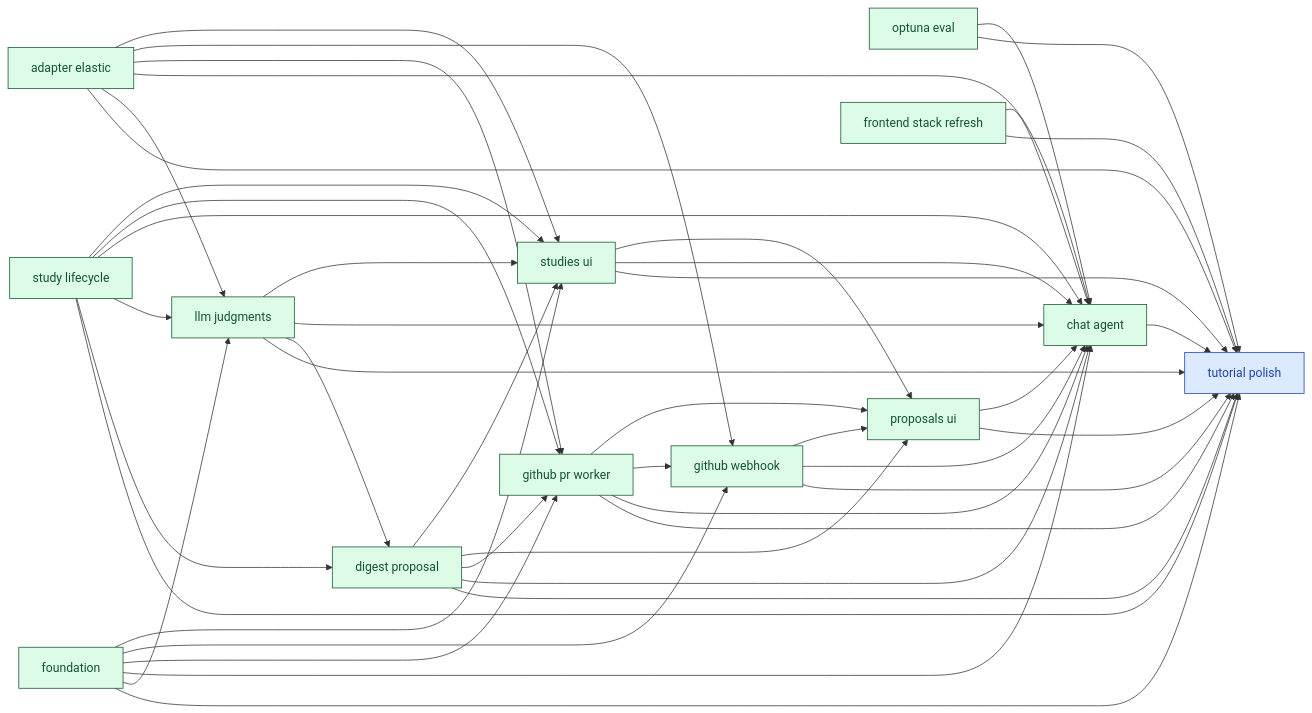
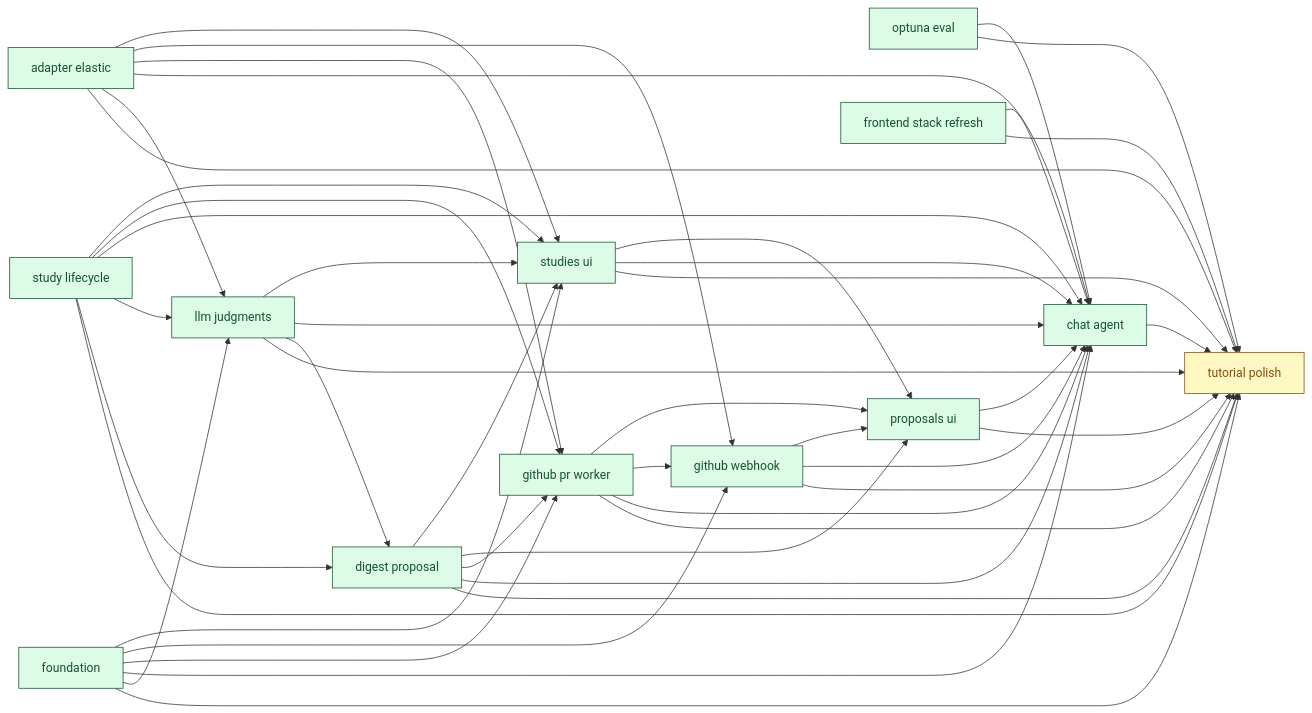
The diagram in docs/00_overview/MVP1_DASHBOARD.md (SoundMindsAI/relyloop), drawn with Mermaid before and after one commit. The commit also changed other lines of this file and 4 other files, not shown here.

First line of the commit message:
docs(chore-tutorial-polish): impl plan + spec ordering fix + scope reframe (#63)

````diff
--- a/docs/00_overview/MVP1_DASHBOARD.md
+++ b/docs/00_overview/MVP1_DASHBOARD.md
@@ -95,78 +95,78 @@
 ```mermaid
 graph LR
   classDef done fill:#dcfce7,stroke:#14532d,color:#14532d;
   classDef implement fill:#ffedd5,stroke:#9a3412,color:#9a3412;
   classDef plan fill:#fef9c3,stroke:#854d0e,color:#854d0e;
   classDef spec fill:#dbeafe,stroke:#1e40af,color:#1e40af;
   classDef idea fill:#f1f5f9,stroke:#334155,color:#334155;
   chore_tutorial_polish["tutorial polish"]
-  class chore_tutorial_polish spec;
+  class chore_tutorial_polish plan;
   infra_foundation["foundation"]
   class infra_foundation done;
   feat_study_lifecycle["study lifecycle"]
   class feat_study_lifecycle done;
   infra_adapter_elastic["adapter elastic"]
   class infra_adapter_elastic done;
   infra_optuna_eval["optuna eval"]
   class infra_optuna_eval done;
   feat_digest_proposal["digest proposal"]
   class feat_digest_proposal done;
   feat_llm_judgments["llm judgments"]
   class feat_llm_judgments done;
   feat_chat_agent["chat agent"]
   class feat_chat_agent done;
   feat_github_pr_worker["github pr worker"]
   class feat_github_pr_worker done;
   feat_github_webhook["github webhook"]
   class feat_github_webhook done;
   feat_proposals_ui["proposals ui"]
   class feat_proposals_ui done;
   feat_studies_ui["studies ui"]
   class feat_studies_ui done;
   infra_frontend_stack_refresh["frontend stack refresh"]
   class infra_frontend_stack_refresh done;
   feat_chat_agent --> chore_tutorial_polish
   feat_digest_proposal --> chore_tutorial_polish
   feat_github_pr_worker --> chore_tutorial_polish
   feat_github_webhook --> chore_tutorial_polish
   feat_llm_judgments --> chore_tutorial_polish
   feat_proposals_ui --> chore_tutorial_polish
   feat_studies_ui --> chore_tutorial_polish
   feat_study_lifecycle --> chore_tutorial_polish
   infra_adapter_elastic --> chore_tutorial_polish
   infra_foundation --> chore_tutorial_polish
   infra_frontend_stack_refresh --> chore_tutorial_polish
   infra_optuna_eval --> chore_tutorial_polish
   feat_study_lifecycle --> feat_digest_proposal
   feat_llm_judgments --> feat_digest_proposal
   infra_foundation --> feat_llm_judgments
   infra_adapter_elastic --> feat_llm_judgments
   feat_study_lifecycle --> feat_llm_judgments
   feat_digest_proposal --> feat_chat_agent
   feat_github_pr_worker --> feat_chat_agent
   feat_github_webhook --> feat_chat_agent
   feat_llm_judgments --> feat_chat_agent
   feat_proposals_ui --> feat_chat_agent
   feat_studies_ui --> feat_chat_agent
   feat_study_lifecycle --> feat_chat_agent
   infra_adapter_elastic --> feat_chat_agent
   infra_foundation --> feat_chat_agent
   infra_frontend_stack_refresh --> feat_chat_agent
   infra_optuna_eval --> feat_chat_agent
   infra_foundation --> feat_github_pr_worker
   infra_adapter_elastic --> feat_github_pr_worker
   feat_study_lifecycle --> feat_github_pr_worker
   feat_digest_proposal --> feat_github_pr_worker
   infra_foundation --> feat_github_webhook
   infra_adapter_elastic --> feat_github_webhook
   feat_github_pr_worker --> feat_github_webhook
   feat_studies_ui --> feat_proposals_ui
   feat_digest_proposal --> feat_proposals_ui
   feat_github_pr_worker --> feat_proposals_ui
   feat_github_webhook --> feat_proposals_ui
   infra_foundation --> feat_studies_ui
   feat_study_lifecycle --> feat_studies_ui
   feat_digest_proposal --> feat_studies_ui
   feat_llm_judgments --> feat_studies_ui
   infra_adapter_elastic --> feat_studies_ui
 ```
````
